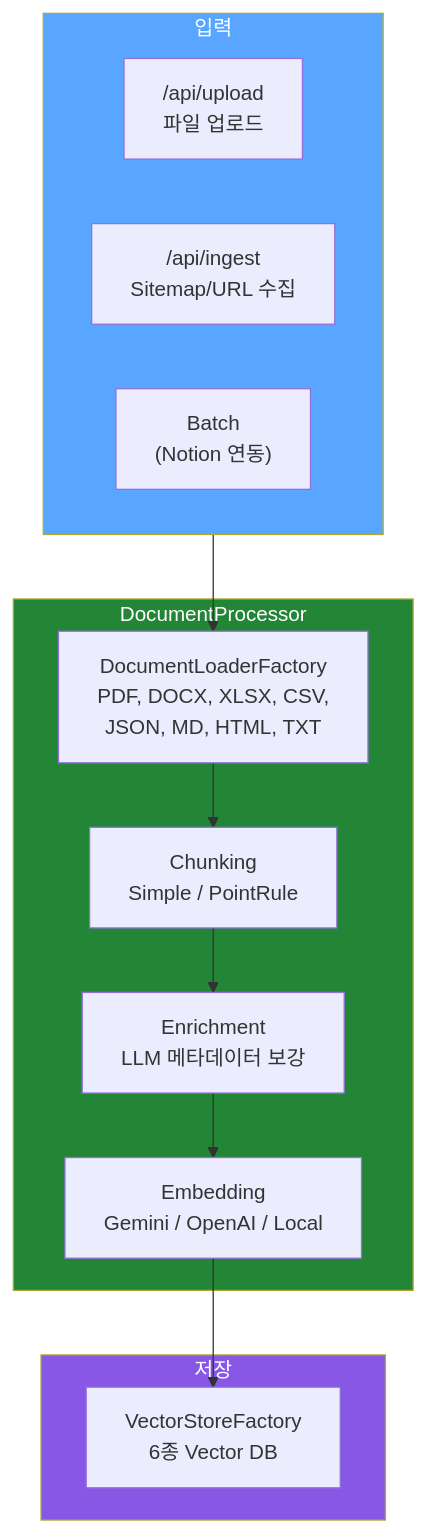
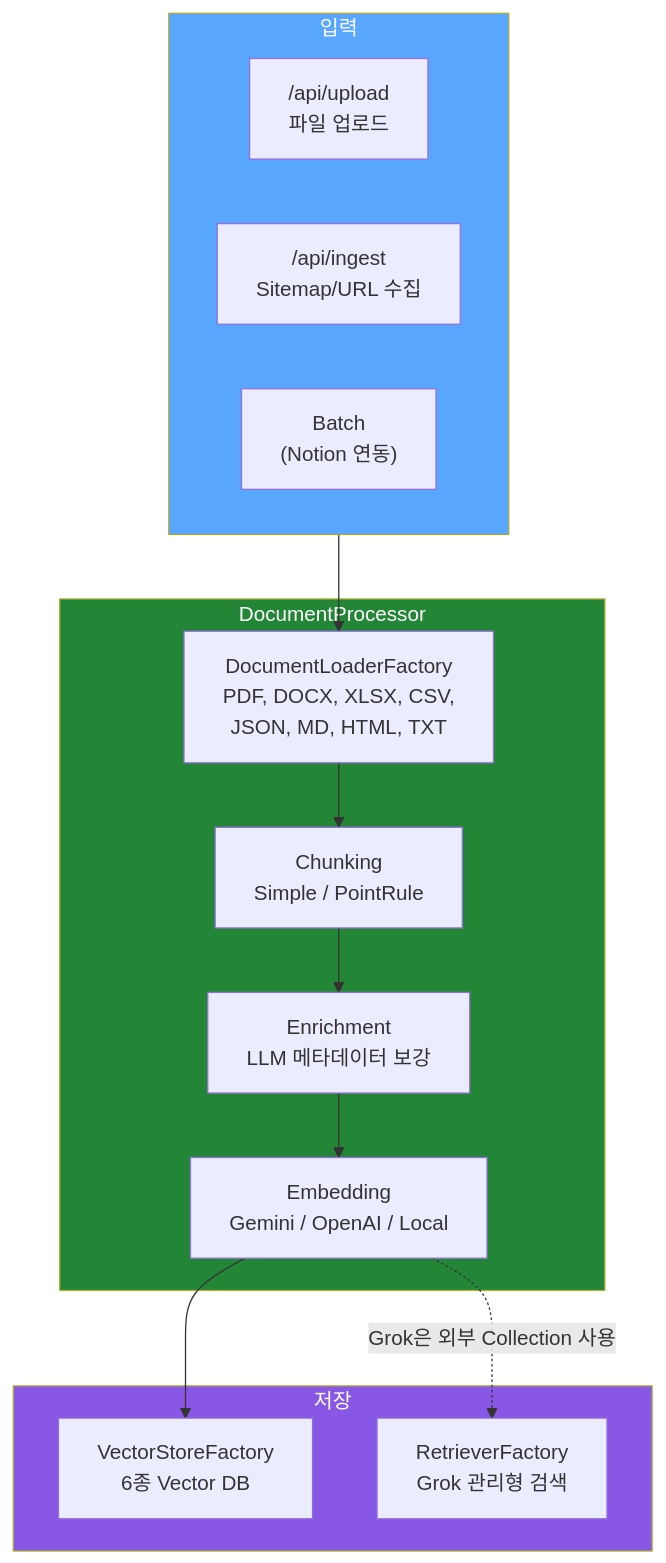
Before and after one commit to notadev-iamaura/OneRAG: the seventh of 10 diagrams in docs/ARCHITECTURE.md, drawn with Mermaid. The commit also changed other lines of this file and 6 other files, not shown here.

````diff
--- a/docs/ARCHITECTURE.md
+++ b/docs/ARCHITECTURE.md
@@ -312,25 +313,27 @@
 ```mermaid
 flowchart TB
     subgraph Input["입력"]
         UP["/api/upload<br/>파일 업로드"]
         IG["/api/ingest<br/>Sitemap/URL 수집"]
         BA["Batch<br/>(Notion 연동)"]
     end
 
     subgraph Process["DocumentProcessor"]
         LD["DocumentLoaderFactory<br/>PDF, DOCX, XLSX, CSV,<br/>JSON, MD, HTML, TXT"]
         CK["Chunking<br/>Simple / PointRule"]
         EN["Enrichment<br/>LLM 메타데이터 보강"]
         EM["Embedding<br/>Gemini / OpenAI / Local"]
     end
 
     subgraph Store["저장"]
         VS["VectorStoreFactory<br/>6종 Vector DB"]
+        GRK["RetrieverFactory<br/>Grok 관리형 검색"]
     end
 
     Input --> LD --> CK --> EN --> EM --> VS
+    EM -. "Grok은 외부 Collection 사용" .-> GRK
 
     style Input fill:#58a6ff,color:#fff
     style Process fill:#238636,color:#fff
     style Store fill:#8957e5,color:#fff
 ```
````
